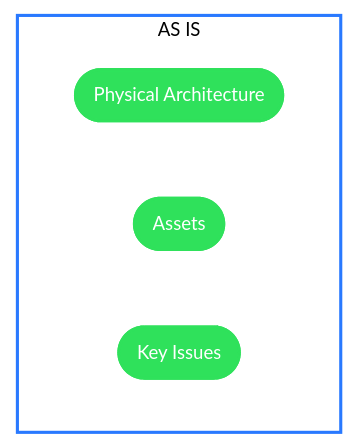
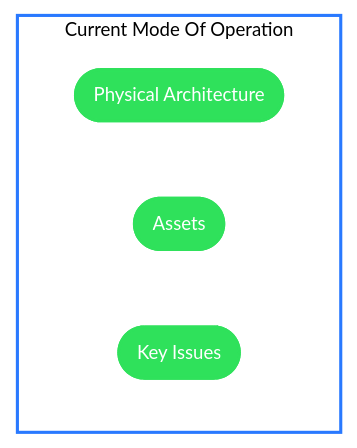
Before and after one commit to dermotreynolds/data.io.docs: the third of 7 diagrams in design/cloud-deployment-design.md, drawn with Mermaid.

Commit message:
added resources

````diff
--- a/design/cloud-deployment-design.md
+++ b/design/cloud-deployment-design.md
@@ -89,12 +89,12 @@
 ```mermaid
 flowchart TD
 
-   subgraph Group0[AS IS]
+   subgraph Group0[Current Mode Of Operation]
         1([Physical Architecture]):::LocationClass
         2([Assets]):::LocationClass
         3([Key Issues]):::LocationClass
    end
    class Group0 GroupClass
    classDef LocationClass fill:#2FE15B, stroke:#2FE15B, stroke-width:2px, font-size:12px, color:white, 
    classDef GroupClass fill:white,stroke:#2979ff,stroke-width:2px, stroke-dasharray: 0,font-size: 12px, color:black, padding-left:0em;
 ```
````
